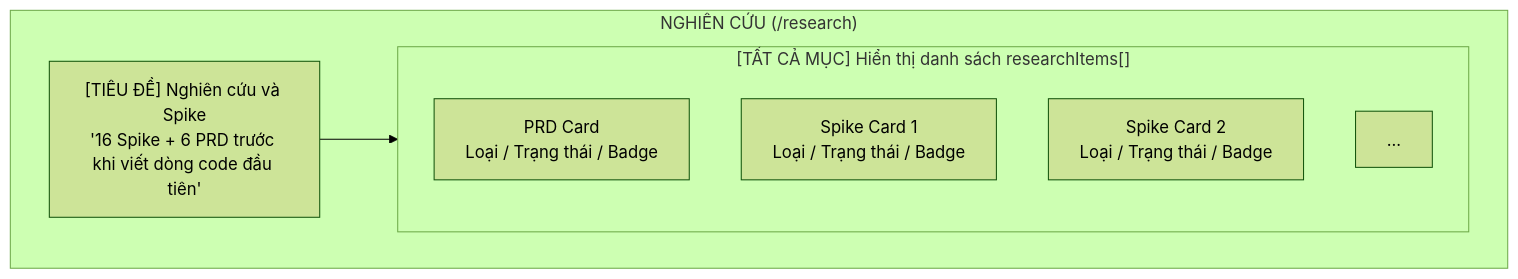
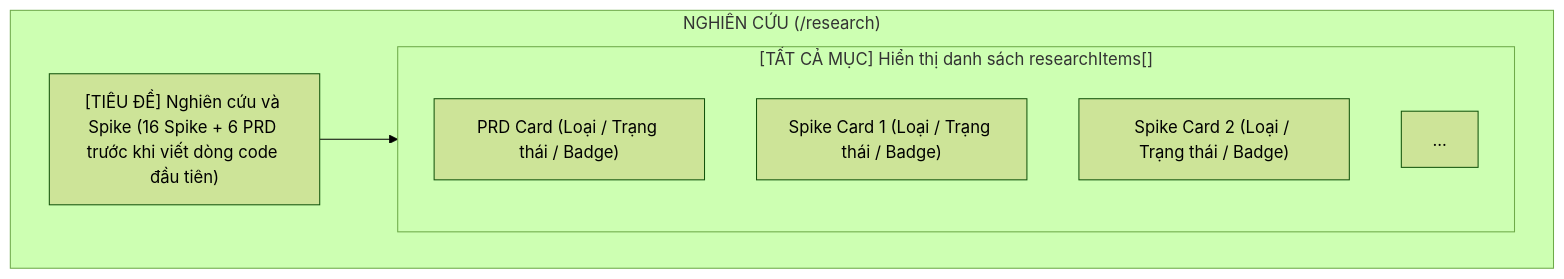
Before and after one commit to duyhunghd6/gmind: the tenth of 13 diagrams in docs/PRDs/apps-website/PRD-00-Website-Structure.md, drawn with Mermaid (forest theme). The commit also changed other lines of this file and 1 other file, not shown here.

First line of the commit message:
docs(PRD-00): fix Mermaid diagram syntax errors and remove HTML tags

````diff
--- a/docs/PRDs/apps-website/PRD-00-Website-Structure.md
+++ b/docs/PRDs/apps-website/PRD-00-Website-Structure.md
@@ -484,15 +484,15 @@
 ```mermaid
 graph TD
     subgraph Research_Page["NGHIÊN CỨU (/research)"]
-        Title["[TIÊU ĐỀ] Nghiên cứu và Spike<br/>'16 Spike + 6 PRD trước khi viết dòng code đầu tiên'"]
+        Title["[TIÊU ĐỀ] Nghiên cứu và Spike (16 Spike + 6 PRD trước khi viết dòng code đầu tiên)"]
         
         subgraph Grid["[TẤT CẢ MỤC] Hiển thị danh sách researchItems[]"]
-            Item1["PRD Card<br/>Loại / Trạng thái / Badge"]
-            Item2["Spike Card 1<br/>Loại / Trạng thái / Badge"]
-            Item3["Spike Card 2<br/>Loại / Trạng thái / Badge"]
+            Item1["PRD Card (Loại / Trạng thái / Badge)"]
+            Item2["Spike Card 1 (Loại / Trạng thái / Badge)"]
+            Item3["Spike Card 2 (Loại / Trạng thái / Badge)"]
             Item4["..."]
         end
         
         Title --> Grid
     end
 ```
````
